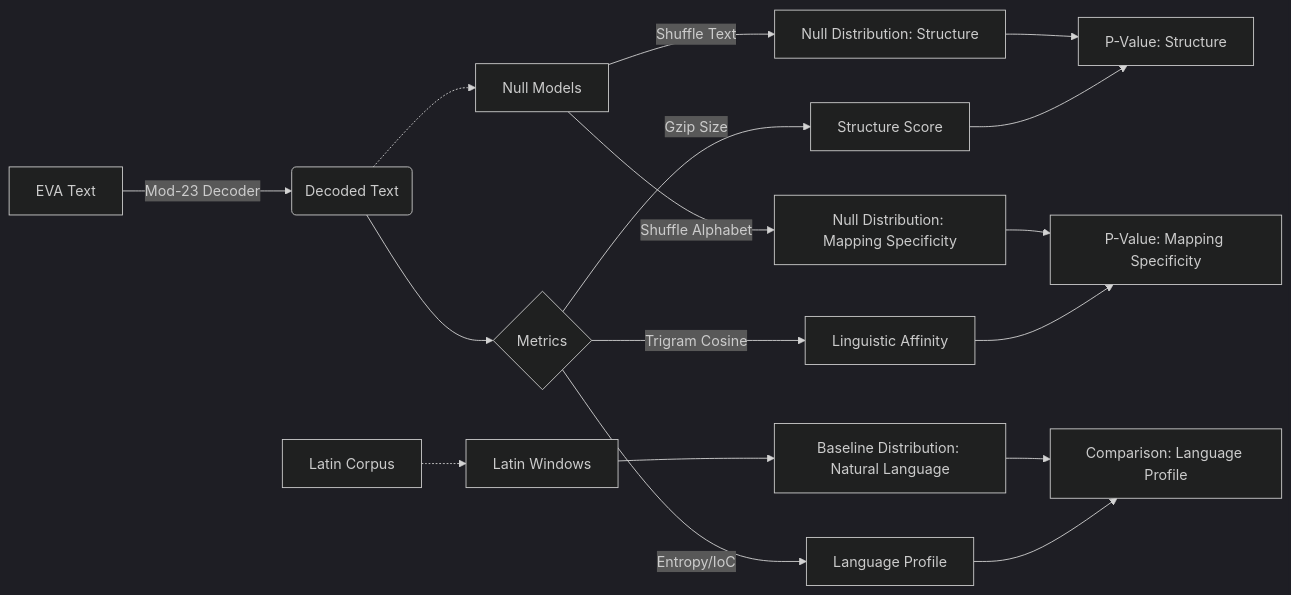
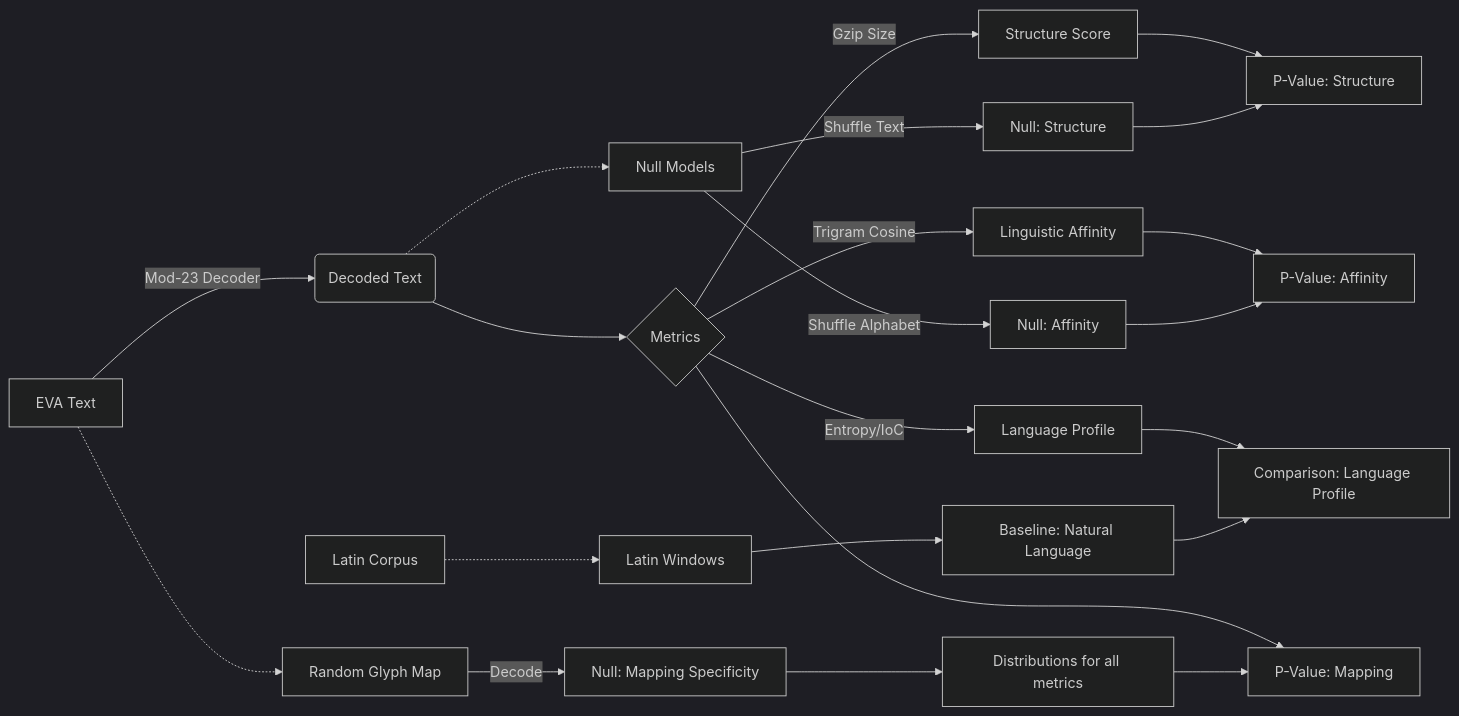
Before and after one commit to seismicgear/voynich-mod23: the diagram in README.md, drawn with Mermaid (dark theme). The commit also changed other lines of this file and 14 other files, not shown here.

````diff
--- a/README.md
+++ b/README.md
@@ -26,19 +29,24 @@
 ```mermaid
 graph LR
     A[EVA Text] -->|Mod-23 Decoder| B(Decoded Text)
     B --> C{Metrics}
     C -->|Gzip Size| D[Structure Score]
     C -->|Trigram Cosine| E[Linguistic Affinity]
     C -->|Entropy/IoC| K[Language Profile]
 
     B -.-> F[Null Models]
-    F -->|Shuffle Text| G[Null Distribution: Structure]
-    F -->|Shuffle Alphabet| H[Null Distribution: Mapping Specificity]
+    F -->|Shuffle Text| G[Null: Structure]
+    F -->|Shuffle Alphabet| H[Null: Affinity]
+
+    A -.-> P[Random Glyph Map]
+    P -->|Decode| Q[Null: Mapping Specificity]
+    Q --> R[Distributions for all metrics]
 
     L[Latin Corpus] -.-> M[Latin Windows]
-    M --> N[Baseline Distribution: Natural Language]
+    M --> N[Baseline: Natural Language]
 
     D & G --> I[P-Value: Structure]
-    E & H --> J[P-Value: Mapping Specificity]
+    E & H --> J[P-Value: Affinity]
     K & N --> O[Comparison: Language Profile]
+    C & R --> S[P-Value: Mapping]
 ```
````
